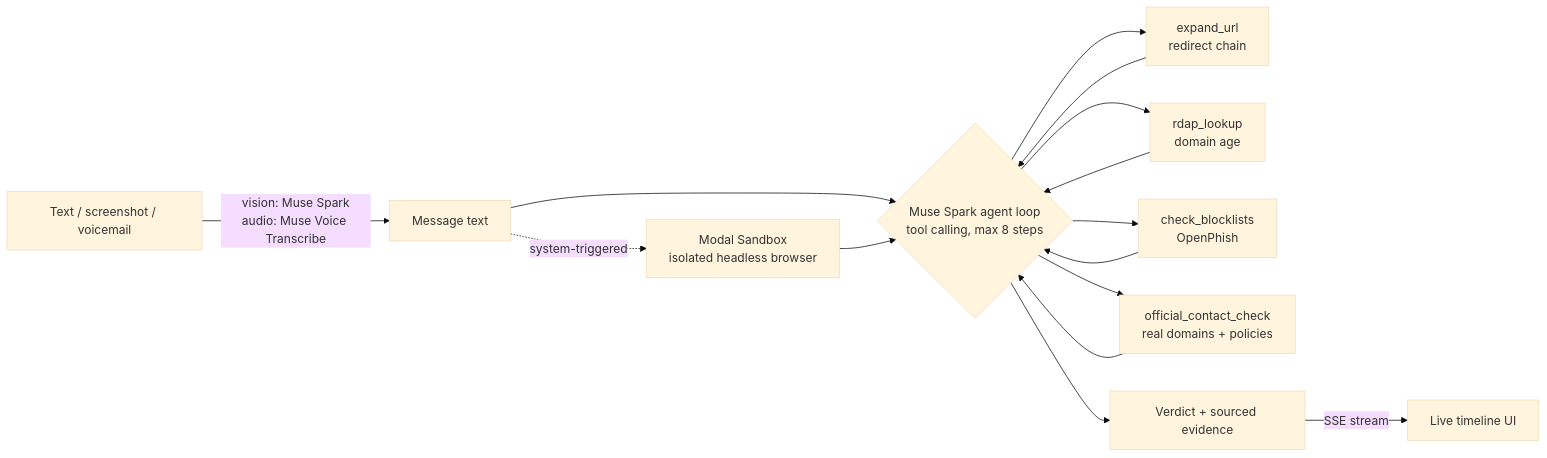
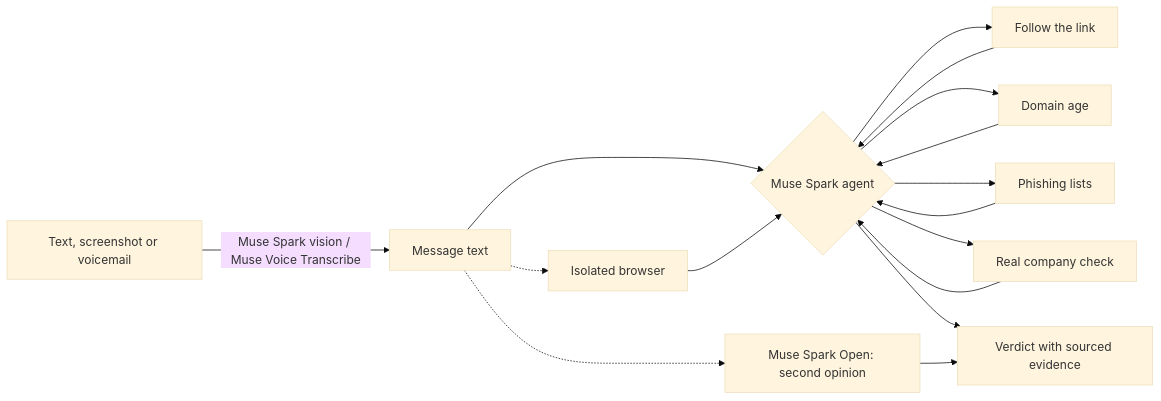
One commit to rahul0443/red-flag changed the diagram in README.md. Above: the diagram before and after it, drawn with Mermaid (base theme). The commit also changed other lines of this file and 2 other files, not shown here.

````diff
--- a/README.md
+++ b/README.md
@@ -23,13 +25,14 @@
 ```mermaid
 flowchart LR
-    A[Text / screenshot / voicemail] -->|vision: Muse Spark<br/>audio: Muse Voice Transcribe| B[Message text]
-    B --> C{Muse Spark agent loop<br/>tool calling, max 8 steps}
-    C --> D[expand_url<br/>redirect chain]
-    C --> E[rdap_lookup<br/>domain age]
-    C --> F[check_blocklists<br/>OpenPhish]
-    C --> G[official_contact_check<br/>real domains + policies]
-    B -.system-triggered.-> H[Modal Sandbox<br/>isolated headless browser]
+    A[Text, screenshot or voicemail] -->|Muse Spark vision / Muse Voice Transcribe| B[Message text]
+    B --> C{Muse Spark agent}
+    C --> D[Follow the link]
+    C --> E[Domain age]
+    C --> F[Phishing lists]
+    C --> G[Real company check]
+    B -.-> H[Isolated browser]
     D & E & F & G & H --> C
-    C --> I[Verdict + sourced evidence]
-    I -->|SSE stream| J[Live timeline UI]
+    B -.-> O[Muse Spark Open: second opinion]
+    C --> V[Verdict with sourced evidence]
+    O --> V
 ```
````
